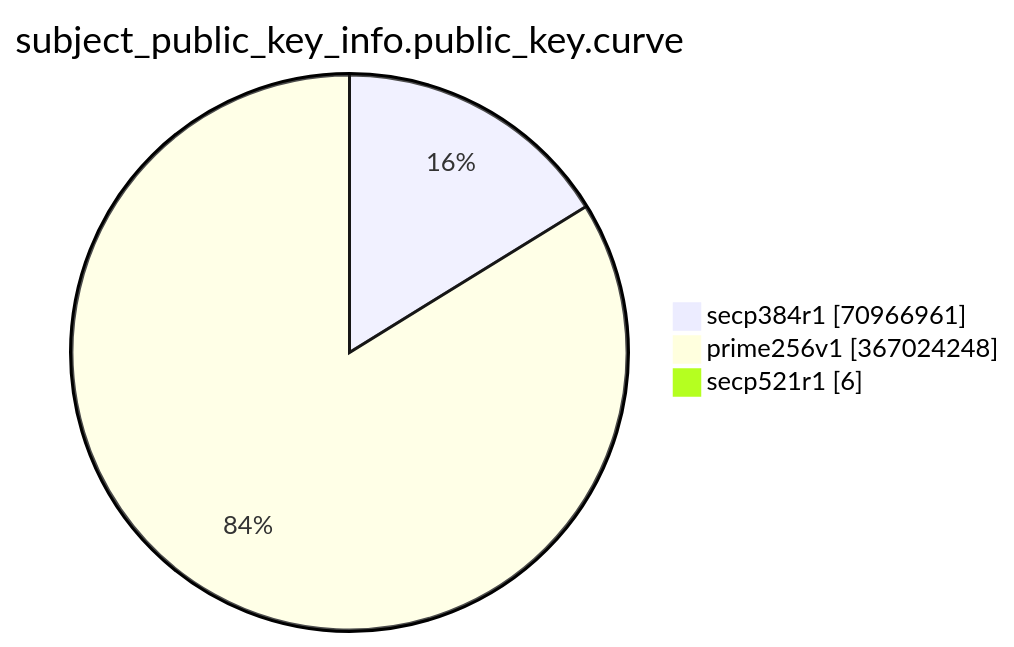
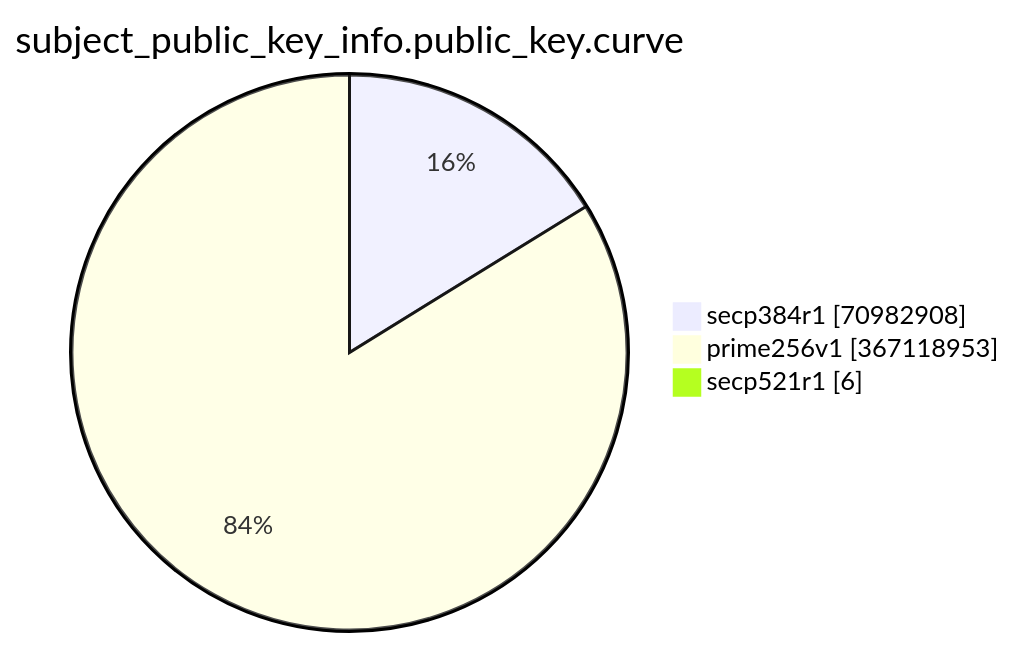
Before and after one commit to christiankrug/ctmonitor_visualization: the eighth of 15 diagrams in TOTAL/README.md, drawn with Mermaid. The commit also changed other lines of this file, not shown here.

````diff
--- a/TOTAL/README.md
+++ b/TOTAL/README.md
@@ -3092,7 +3092,7 @@
 ```mermaid
 pie showData
 title subject_public_key_info.public_key.curve
-"secp384r1" :70966961
-"prime256v1" :367024248
+"secp384r1" :70982908
+"prime256v1" :367118953
 "secp521r1" :6
 ```
````
